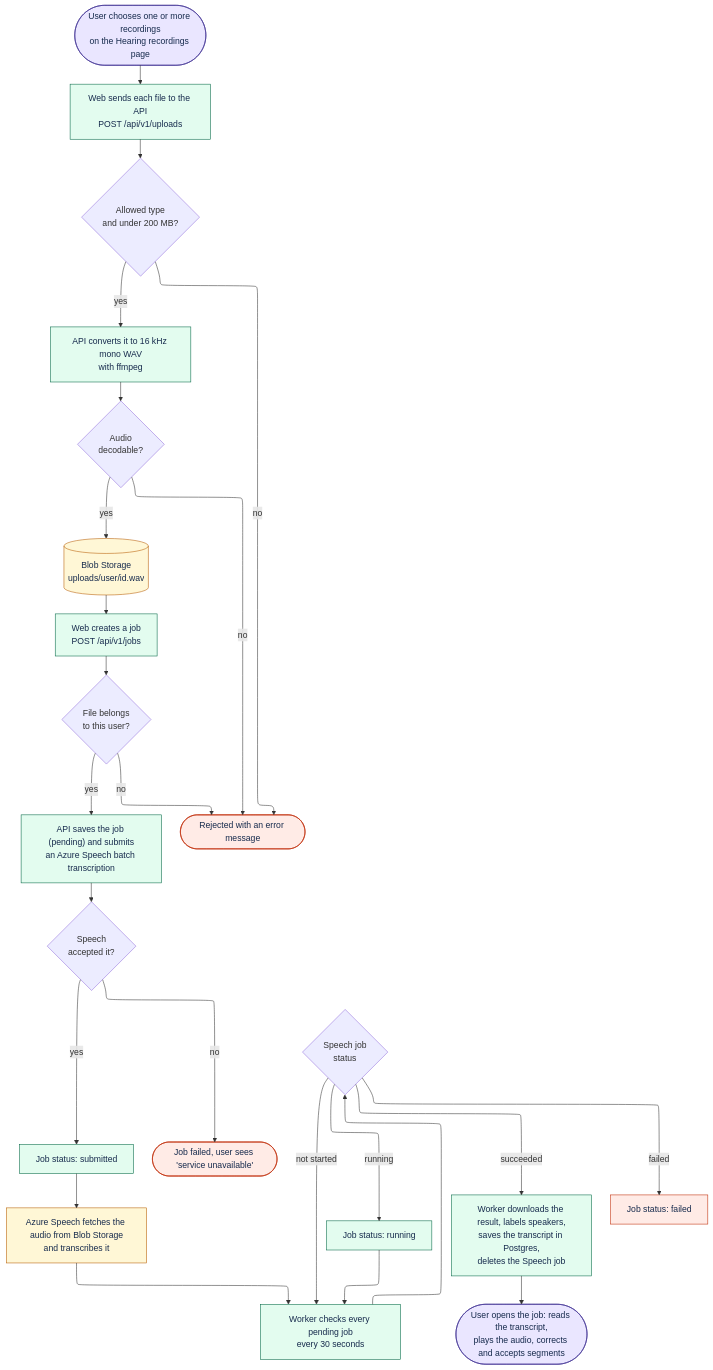
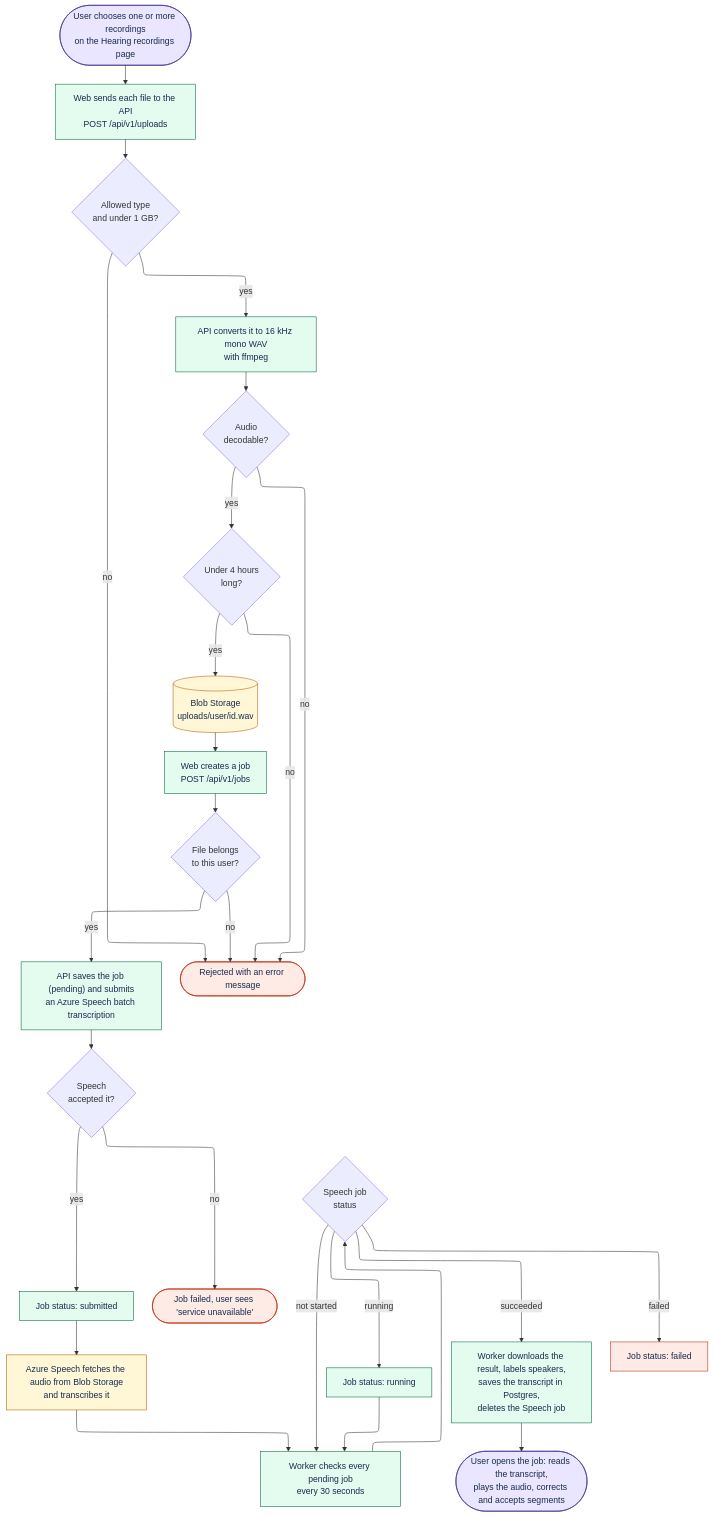
Before and after one commit to hmcts/transcribe-api: the fourth of 10 diagrams in docs/architecture/README.md, drawn with Mermaid. The commit also changed other lines of this file and 7 other files, not shown here.

````diff
--- a/docs/architecture/README.md
+++ b/docs/architecture/README.md
@@ -236,51 +236,54 @@
 ```mermaid
 ---
 config:
   layout: elk
 ---
 flowchart TB
   start(["User chooses one or more recordings<br/>on the Hearing recordings page"])
   up["Web sends each file to the API<br/>POST /api/v1/uploads"]
-  check{"Allowed type<br/>and under 200 MB?"}
+  check{"Allowed type<br/>and under 1 GB?"}
   conv["API converts it to 16 kHz mono WAV<br/>with ffmpeg"]
   decode{"Audio<br/>decodable?"}
+  length{"Under 4 hours<br/>long?"}
   store[("Blob Storage<br/>uploads/user/id.wav")]
   job["Web creates a job<br/>POST /api/v1/jobs"]
   own{"File belongs<br/>to this user?"}
   submit["API saves the job (pending) and submits<br/>an Azure Speech batch transcription"]
   accepted{"Speech<br/>accepted it?"}
   queued["Job status: submitted"]
   speech["Azure Speech fetches the audio from Blob Storage<br/>and transcribes it"]
   poll["Worker checks every pending job<br/>every 30 seconds"]
   status{"Speech job<br/>status"}
   running["Job status: running"]
   ok["Worker downloads the result, labels speakers,<br/>saves the transcript in Postgres,<br/>deletes the Speech job"]
   fail["Job status: failed"]
   view(["User opens the job: reads the transcript,<br/>plays the audio, corrects and accepts segments"])
   reject(["Rejected with an error message"])
   unavailable(["Job failed, user sees 'service unavailable'"])
 
   start --> up --> check
   check -- no --> reject
   check -- yes --> conv --> decode
   decode -- no --> reject
-  decode -- yes --> store --> job --> own
+  decode -- yes --> length
+  length -- no --> reject
+  length -- yes --> store --> job --> own
   own -- no --> reject
   own -- yes --> submit --> accepted
   accepted -- no --> unavailable
   accepted -- yes --> queued --> speech
   speech --> poll --> status
   status -- running --> running --> poll
   status -- not started --> poll
   status -- succeeded --> ok --> view
   status -- failed --> fail
 
   classDef user fill:#eae6ff,stroke:#403294,color:#172b4d
   classDef step fill:#e3fcef,stroke:#006644,color:#172b4d
   classDef bad fill:#ffebe6,stroke:#bf2600,color:#172b4d
   classDef ext fill:#fff7d6,stroke:#b65c02,color:#172b4d
   class start,view user
   class up,conv,job,submit,queued,poll,running,ok step
   class reject,unavailable,fail bad
   class speech,store ext
 ```
````
